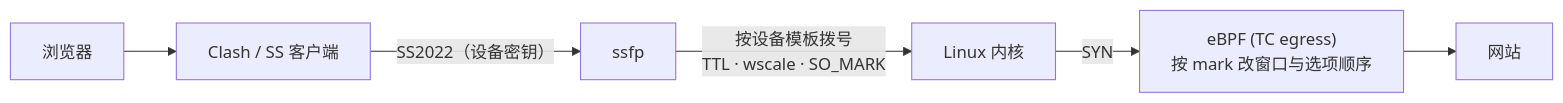
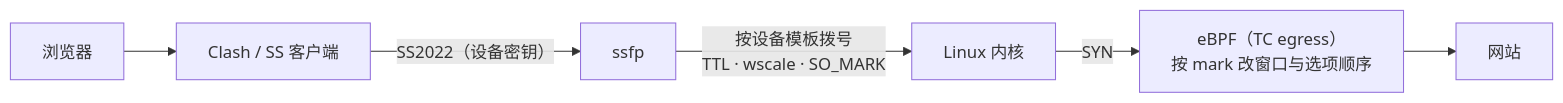
Before and after one commit to aidever/ssfp: the diagram in README.md, drawn with Mermaid. The commit also changed other lines of this file and 13 other files, not shown here.

````diff
--- a/README.md
+++ b/README.md
@@ -37,8 +158,8 @@
 ```mermaid
 flowchart LR
   B[浏览器] --> C[Clash / SS 客户端]
   C -- "SS2022（设备密钥）" --> S[ssfp]
   S -- "按设备模板拨号<br/>TTL · wscale · SO_MARK" --> K[Linux 内核]
-  K -- "SYN" --> E["eBPF (TC egress)<br/>按 mark 改窗口与选项顺序"]
+  K -- "SYN" --> E["eBPF（TC egress）<br/>按 mark 改窗口与选项顺序"]
   E --> W[网站]
 ```
````
